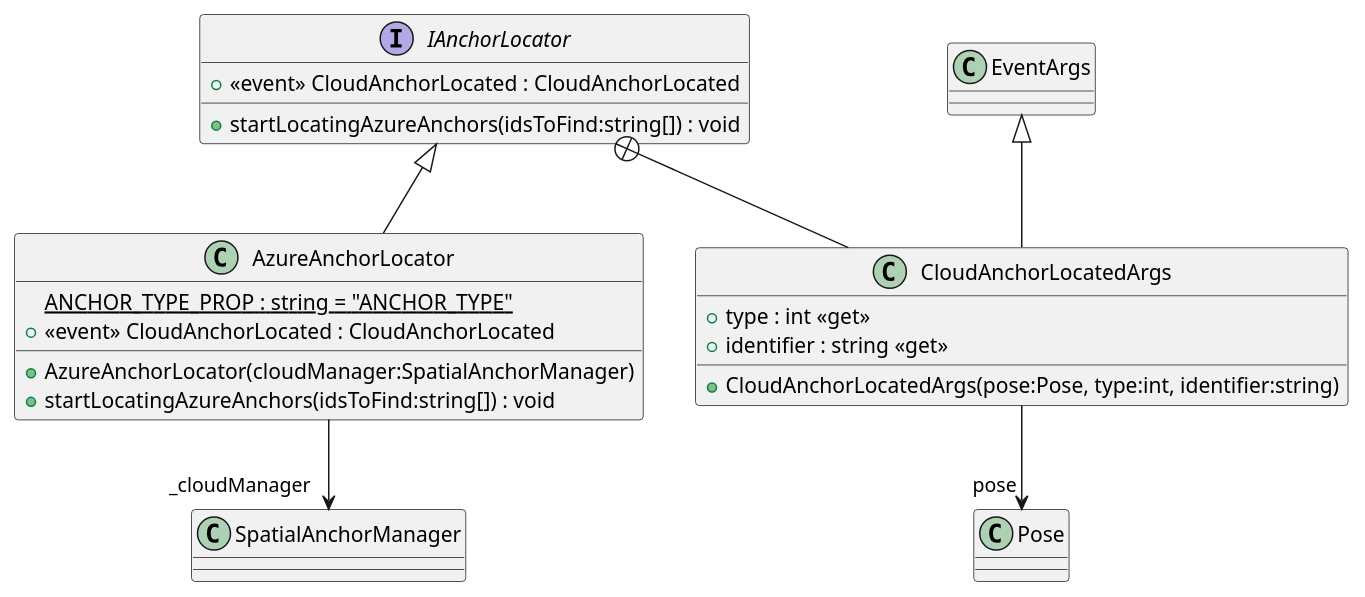
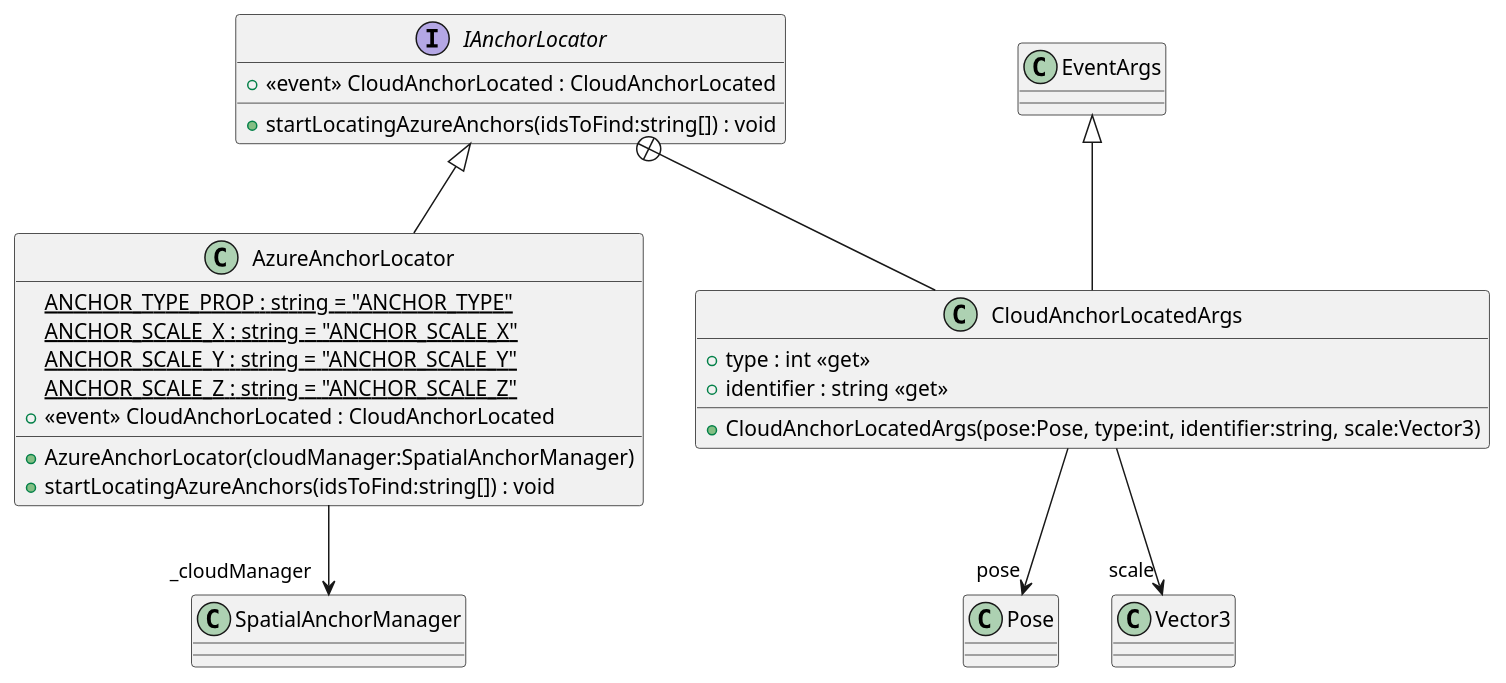
One commit to DeNatur/ProductionFloorVisualization changed the diagram in UML/spatiallogic/IAnchorLocator.puml. Above: the diagram before and after it, drawn with PlantUML. The commit also changed 7 other files, not shown here.

Commit message:
Generate UML (Generate UML)

```diff
--- a/UML/spatiallogic/IAnchorLocator.puml
+++ b/UML/spatiallogic/IAnchorLocator.puml
@@ -1,22 +1,26 @@
 @startuml
 interface IAnchorLocator {
     +  <<event>> CloudAnchorLocated : CloudAnchorLocated 
     + startLocatingAzureAnchors(idsToFind:string[]) : void
 }
 class AzureAnchorLocator {
     {static} ANCHOR_TYPE_PROP : string = "ANCHOR_TYPE"
+    {static} ANCHOR_SCALE_X : string = "ANCHOR_SCALE_X"
+    {static} ANCHOR_SCALE_Y : string = "ANCHOR_SCALE_Y"
+    {static} ANCHOR_SCALE_Z : string = "ANCHOR_SCALE_Z"
     + AzureAnchorLocator(cloudManager:SpatialAnchorManager)
     +  <<event>> CloudAnchorLocated : CloudAnchorLocated 
     + startLocatingAzureAnchors(idsToFind:string[]) : void
 }
 class CloudAnchorLocatedArgs {
     + type : int <<get>>
     + identifier : string <<get>>
-    + CloudAnchorLocatedArgs(pose:Pose, type:int, identifier:string)
+    + CloudAnchorLocatedArgs(pose:Pose, type:int, identifier:string, scale:Vector3)
 }
 IAnchorLocator <|-- AzureAnchorLocator
 AzureAnchorLocator --> "_cloudManager" SpatialAnchorManager
 IAnchorLocator +-- CloudAnchorLocatedArgs
 EventArgs <|-- CloudAnchorLocatedArgs
 CloudAnchorLocatedArgs --> "pose" Pose
+CloudAnchorLocatedArgs --> "scale" Vector3
 @enduml
```
